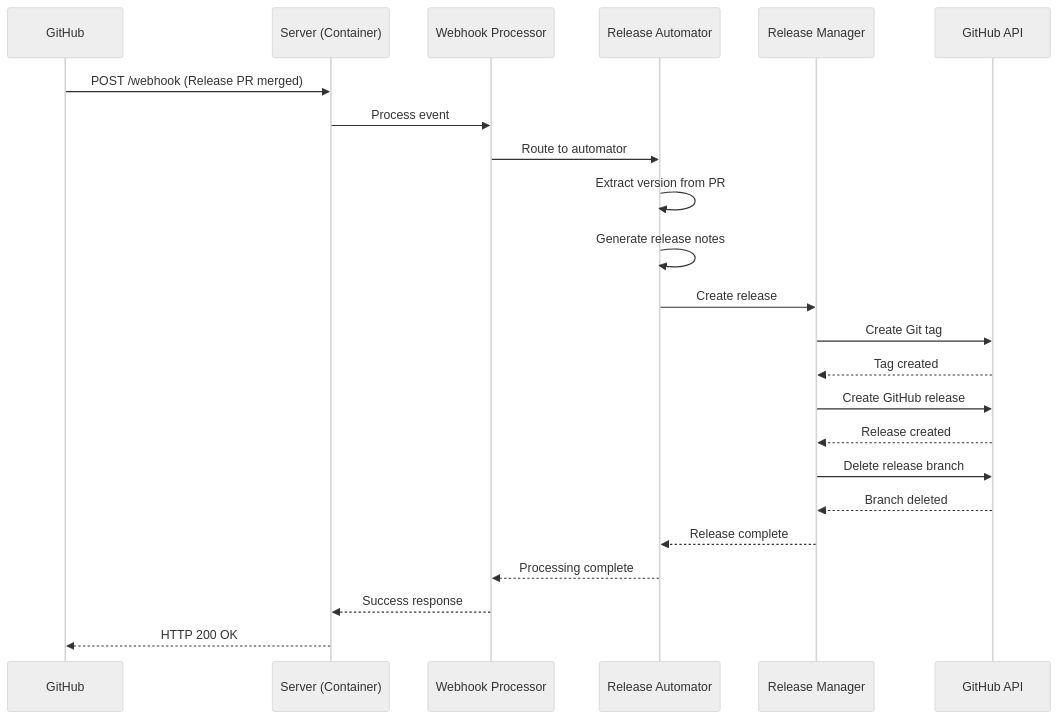
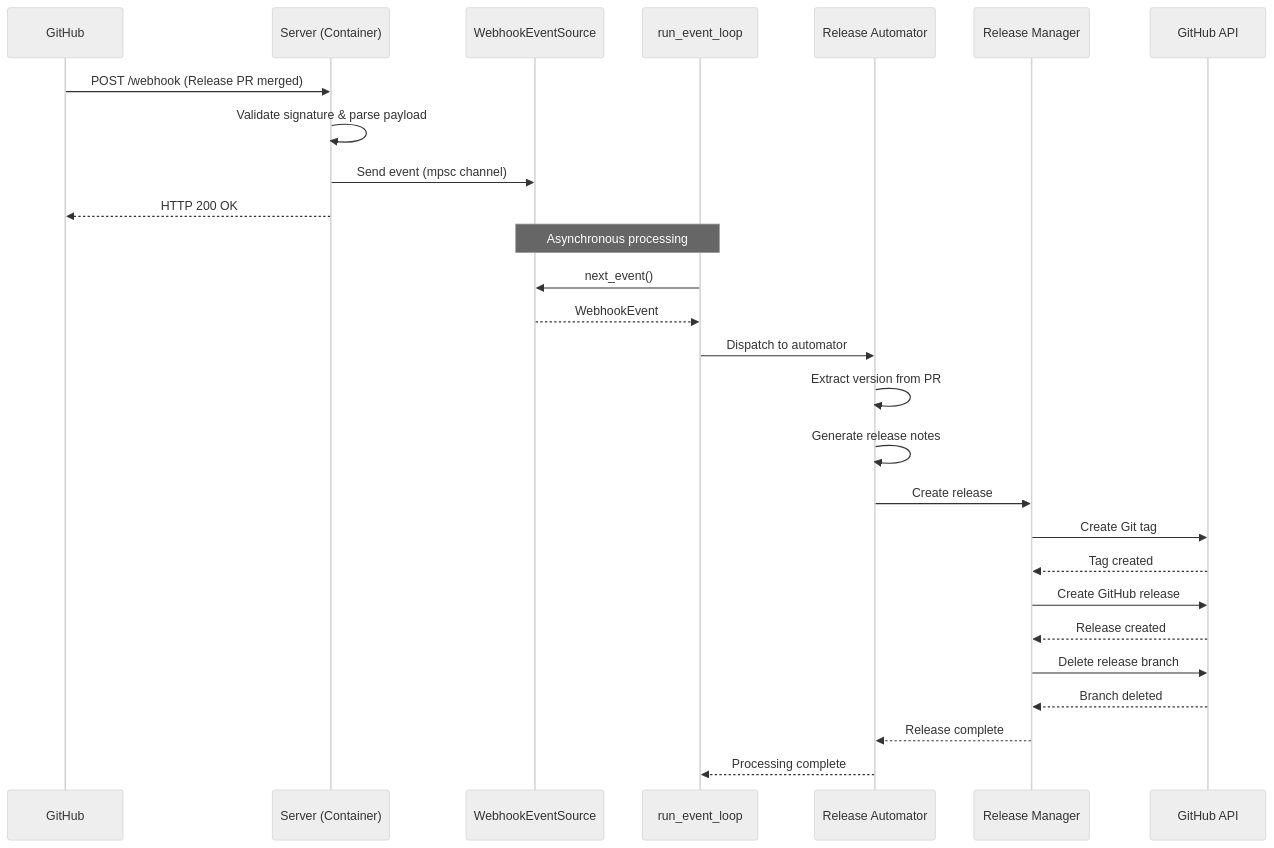
The fifth of 9 diagrams in docs/specs/architecture/overview.md (pvandervelde/release_regent), drawn with Mermaid (neutral theme) before and after one commit. The commit also changed other lines of this file, not shown here.

First line of the commit message:
docs(spec): update architecture overview to reflect event-source pipeline

````diff
--- a/docs/specs/architecture/overview.md
+++ b/docs/specs/architecture/overview.md
@@ -189,26 +202,30 @@
 ```mermaid
 sequenceDiagram
     participant G as GitHub
     participant F as Server (Container)
-    participant W as Webhook Processor
+    participant ES as WebhookEventSource
+    participant EL as run_event_loop
     participant A as Release Automator
     participant R as Release Manager
     participant API as GitHub API
 
     G->>F: POST /webhook (Release PR merged)
-    F->>W: Process event
-    W->>A: Route to automator
+    F->>F: Validate signature & parse payload
+    F->>ES: Send event (mpsc channel)
+    F-->>G: HTTP 200 OK
+    Note over ES,EL: Asynchronous processing
+    EL->>ES: next_event()
+    ES-->>EL: WebhookEvent
+    EL->>A: Dispatch to automator
     A->>A: Extract version from PR
     A->>A: Generate release notes
     A->>R: Create release
     R->>API: Create Git tag
     API-->>R: Tag created
     R->>API: Create GitHub release
     API-->>R: Release created
     R->>API: Delete release branch
     API-->>R: Branch deleted
     R-->>A: Release complete
-    A-->>W: Processing complete
-    W-->>F: Success response
-    F-->>G: HTTP 200 OK
+    A-->>EL: Processing complete
 ```
````
